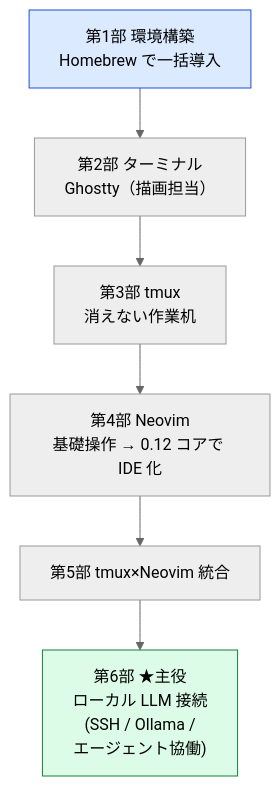
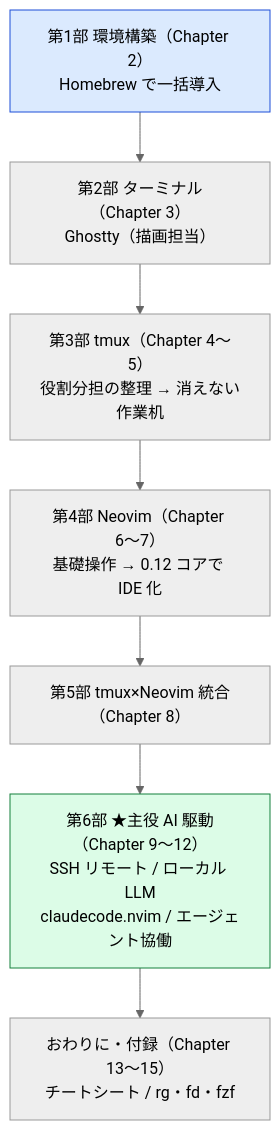
One commit to shuji-bonji/neovim-ide-on-mac changed the diagram in books/neovim-ide-on-mac/intro.md. Above: the diagram before and after it, drawn with Mermaid (neutral theme). The commit also changed other lines of this file, not shown here.

````diff
--- a/books/neovim-ide-on-mac/intro.md
+++ b/books/neovim-ide-on-mac/intro.md
@@ -19,10 +19,11 @@
 ```mermaid
 flowchart TB
-    S["第1部 環境構築<br/>Homebrew で一括導入"] --> G["第2部 ターミナル<br/>Ghostty（描画担当）"]
-    G --> T["第3部 tmux<br/>消えない作業机"]
-    T --> V["第4部 Neovim<br/>基礎操作 → 0.12 コアで IDE 化"]
-    V --> X["第5部 tmux×Neovim 統合"]
-    X --> C["第6部 ★主役<br>ローカル LLM 接続<br>(SSH / Ollama / <br>エージェント協働)"]
+    S["第1部 環境構築（Chapter 2）<br/>Homebrew で一括導入"] --> G["第2部 ターミナル（Chapter 3）<br/>Ghostty（描画担当）"]
+    G --> T["第3部 tmux（Chapter 4〜5）<br/>役割分担の整理 → 消えない作業机"]
+    T --> V["第4部 Neovim（Chapter 6〜7）<br/>基礎操作 → 0.12 コアで IDE 化"]
+    V --> X["第5部 tmux×Neovim 統合（Chapter 8）"]
+    X --> C["第6部 ★主役 AI 駆動（Chapter 9〜12）<br/>SSH リモート / ローカル LLM<br/>claudecode.nvim / エージェント協働"]
+    C --> A["おわりに・付録（Chapter 13〜15）<br/>チートシート / rg・fd・fzf"]
     style S fill:#dbeafe,stroke:#1d4ed8,color:#000
     style C fill:#dcfce7,stroke:#15803d,color:#000
 ```
````
